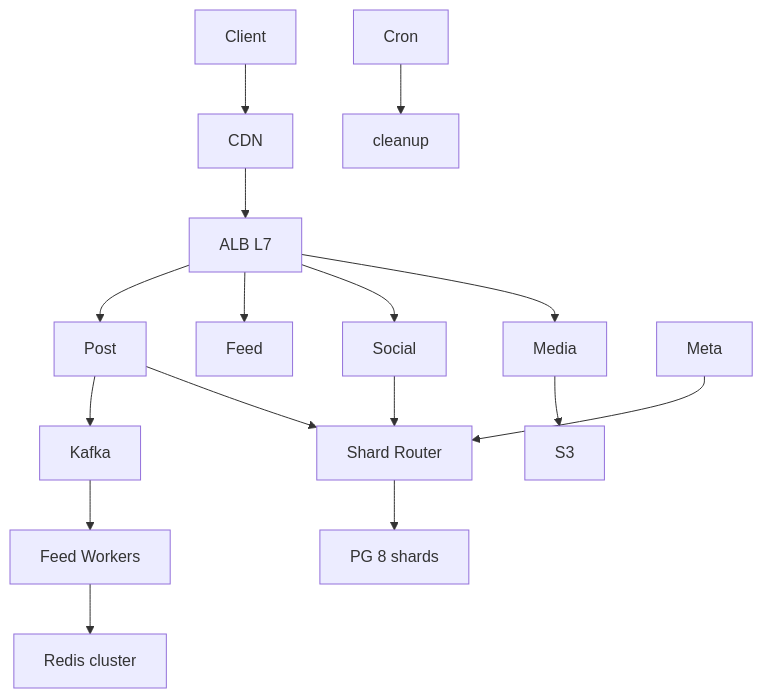
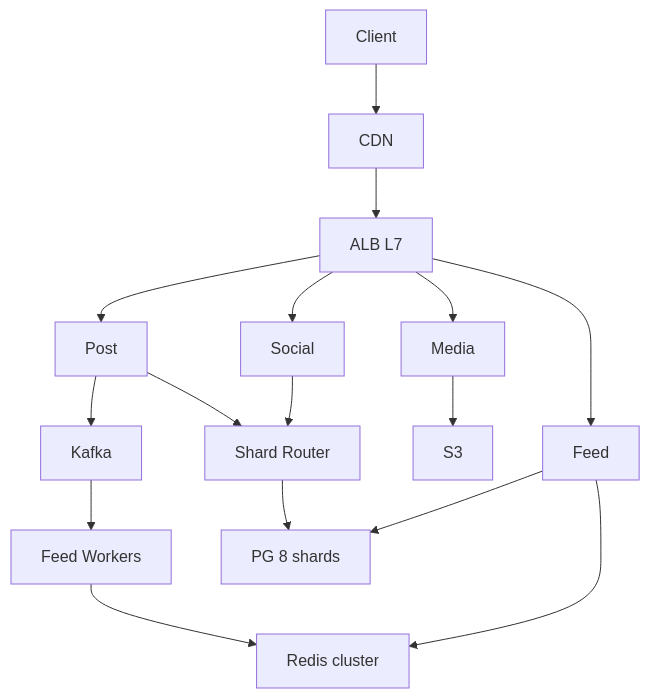
One commit to Mr-Radion/system-design-interview changed the first of 2 diagrams in examples/instagram-feed.md. Above: the diagram before and after it, drawn with Mermaid. The commit also changed other lines of this file and 60 other files, not shown here.

````diff
--- a/examples/instagram-feed.md
+++ b/examples/instagram-feed.md
@@ -324,21 +113,20 @@
 ```mermaid
 flowchart TB
     Client --> CDN
     CDN --> ALB["ALB L7"]
     ALB --> Post
     ALB --> Feed
     ALB --> Social
     ALB --> Media
 
     Post --> Kafka
     Kafka --> FeedWorkers["Feed Workers"]
     FeedWorkers --> Redis["Redis cluster"]
 
     Media --> S3
-    Meta --> ShardRouter["Shard Router"]
+    Post --> ShardRouter["Shard Router"]
     ShardRouter --> PGShards["PG 8 shards"]
     Social --> ShardRouter
-    Post --> ShardRouter
-
-    Cron --> Cleanup[cleanup]
+    Feed --> Redis
+    Feed --> PGShards
 ```
````
